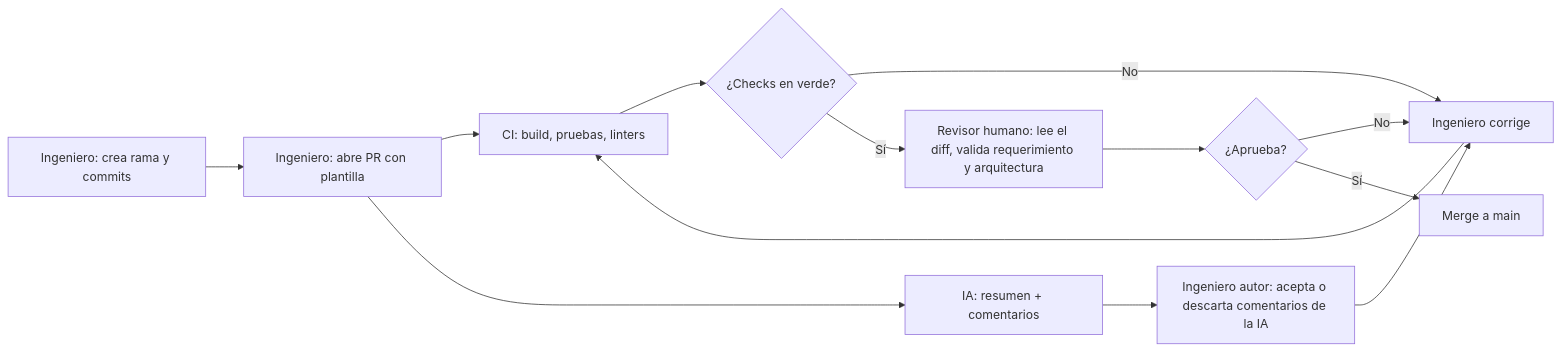
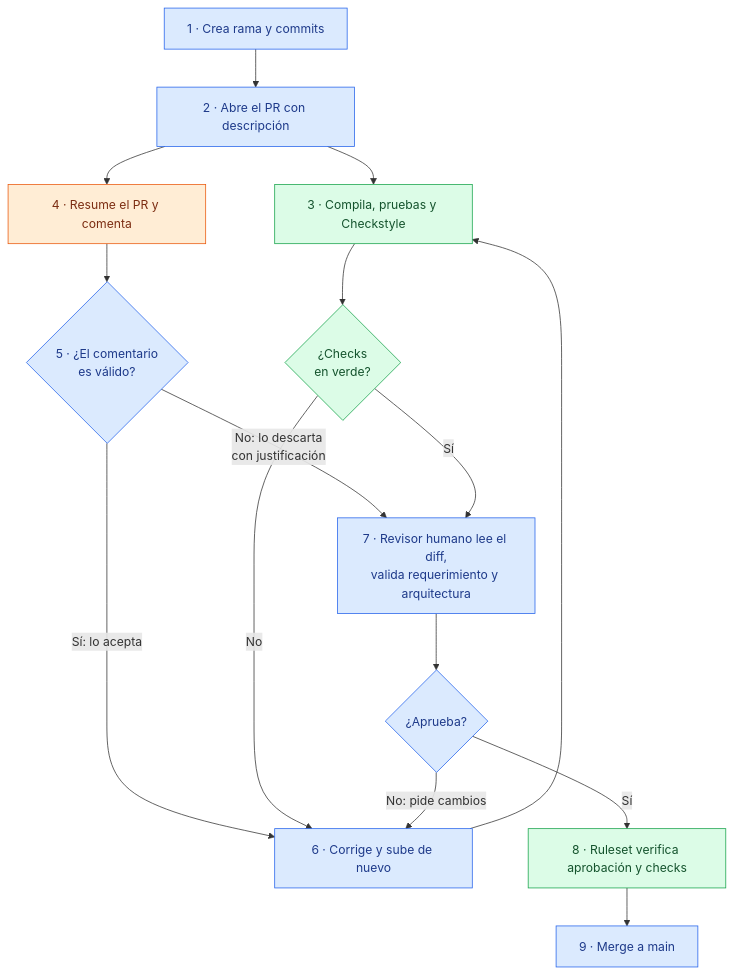
The diagram in investigacion/code-reviews-y-pull-requests-con-ia/README.md (jaredCR10/code-reviews-y-pull-requests-con-ia-demo), drawn with Mermaid before and after one commit. The commit also changed other lines of this file and 7 other files, not shown here.

````diff
--- a/investigacion/code-reviews-y-pull-requests-con-ia/README.md
+++ b/investigacion/code-reviews-y-pull-requests-con-ia/README.md
@@ -84,15 +101,24 @@
 ```mermaid
-flowchart LR
-  A[Ingeniero: crea rama y commits] --> B[Ingeniero: abre PR con plantilla]
-  B --> C[CI: build, pruebas, linters]
-  B --> D[IA: resumen + comentarios]
-  C --> E{¿Checks en verde?}
-  E -- No --> F[Ingeniero corrige]
-  D --> G[Ingeniero autor: acepta o descarta comentarios de la IA]
-  G --> F
+flowchart TD
+  A["1 · Crea rama y commits"] --> B["2 · Abre el PR con descripción"]
+  B --> C["3 · Compila, pruebas y Checkstyle"]
+  B --> D["4 · Resume el PR y comenta"]
+  D --> G{"5 · ¿El comentario<br/>es válido?"}
+  G -- "Sí: lo acepta" --> F["6 · Corrige y sube de nuevo"]
+  G -- "No: lo descarta<br/>con justificación" --> H
+  C --> E{"¿Checks<br/>en verde?"}
+  E -- No --> F
   F --> C
-  E -- Sí --> H[Revisor humano: lee el diff, valida requerimiento y arquitectura]
-  H --> I{¿Aprueba?}
-  I -- No --> F
-  I -- Sí --> J[Merge a main]
+  E -- Sí --> H["7 · Revisor humano lee el diff,<br/>valida requerimiento y arquitectura"]
+  H --> I{"¿Aprueba?"}
+  I -- "No: pide cambios" --> F
+  I -- Sí --> R["8 · Ruleset verifica aprobación y checks"]
+  R --> J["9 · Merge a main"]
+
+  classDef ing fill:#dbeafe,stroke:#2563eb,color:#1e3a8a
+  classDef ia fill:#ffedd5,stroke:#ea580c,color:#7c2d12
+  classDef ci fill:#dcfce7,stroke:#16a34a,color:#14532d
+  class A,B,F,G,H,I,J ing
+  class D ia
+  class C,E,R ci
 ```
````
